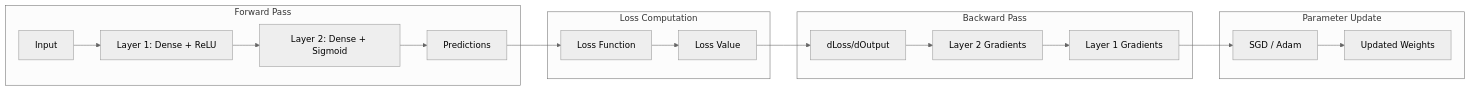
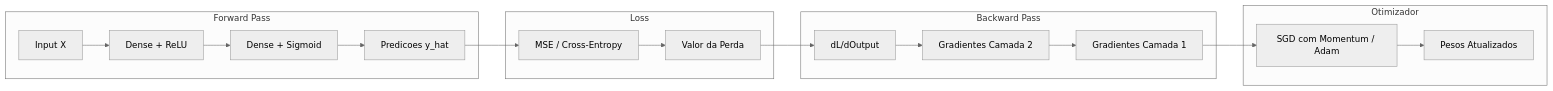
One commit to galafis/Neural-Network-Framework changed the second of 4 diagrams in README.md. Above: the diagram before and after it, drawn with Mermaid (neutral theme). The commit also changed other lines of this file and 1 other file, not shown here.

````diff
--- a/README.md
+++ b/README.md
@@ -38,21 +55,21 @@
 ```mermaid
 flowchart LR
     subgraph Forward Pass
-        A[Input] --> B[Layer 1: Dense + ReLU]
-        B --> C[Layer 2: Dense + Sigmoid]
-        C --> D[Predictions]
+        A[Input X] --> B[Dense + ReLU]
+        B --> C[Dense + Sigmoid]
+        C --> D[Predicoes y_hat]
     end
-    subgraph Loss Computation
-        D --> E[Loss Function]
-        E --> F[Loss Value]
+    subgraph Loss
+        D --> E[MSE / Cross-Entropy]
+        E --> F[Valor da Perda]
     end
     subgraph Backward Pass
-        F --> G[dLoss/dOutput]
-        G --> H[Layer 2 Gradients]
-        H --> I[Layer 1 Gradients]
+        F --> G[dL/dOutput]
+        G --> H[Gradientes Camada 2]
+        H --> I[Gradientes Camada 1]
     end
-    subgraph Parameter Update
-        I --> J[SGD / Adam]
-        J --> K[Updated Weights]
+    subgraph Otimizador
+        I --> J[SGD com Momentum / Adam]
+        J --> K[Pesos Atualizados]
     end
 ```
````
